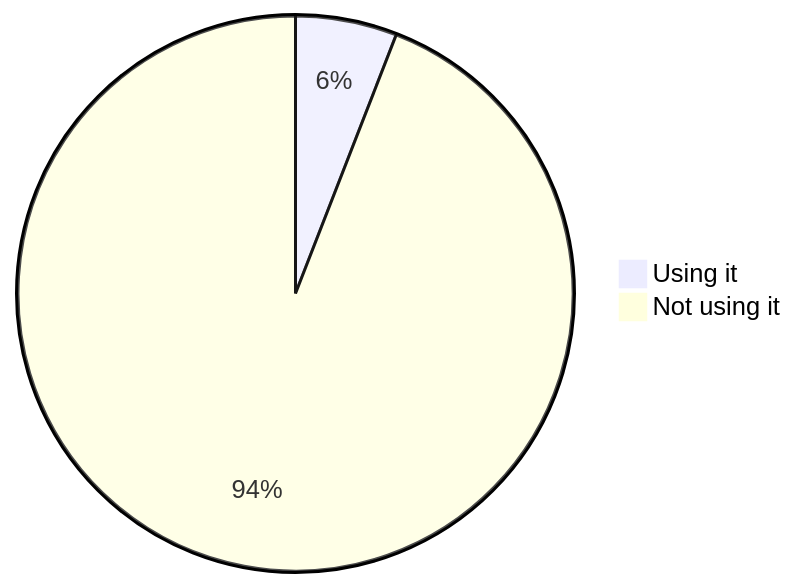
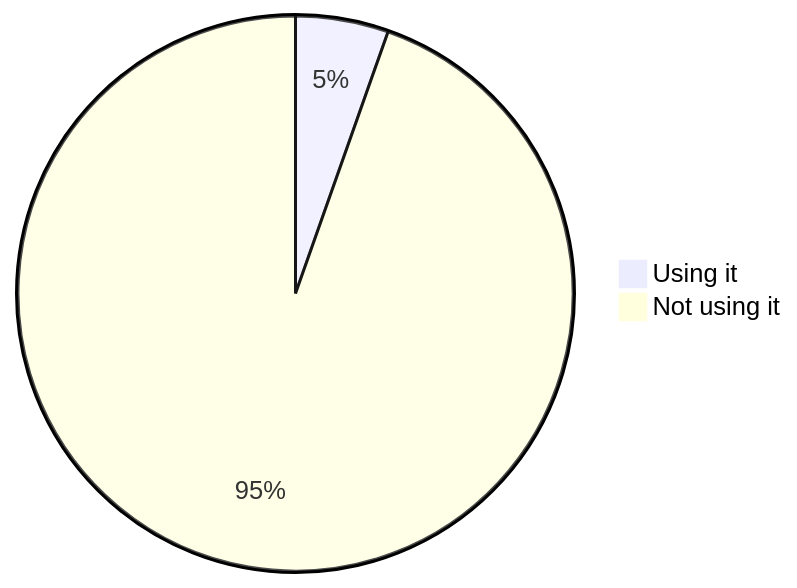
One commit to oshp/oshp-stats changed diagram 11 of 22 in stats.md. Above: the diagram before and after it, drawn with Mermaid. The commit also changed other lines of this file, not shown here.

````diff
--- a/stats.md
+++ b/stats.md
@@ -130,6 +130,6 @@
 ```mermaid
 pie
-	"Using it" : 5.91
-	"Not using it" : 94.09
+	"Using it" : 5.41
+	"Not using it" : 94.59
 
 ```
````
